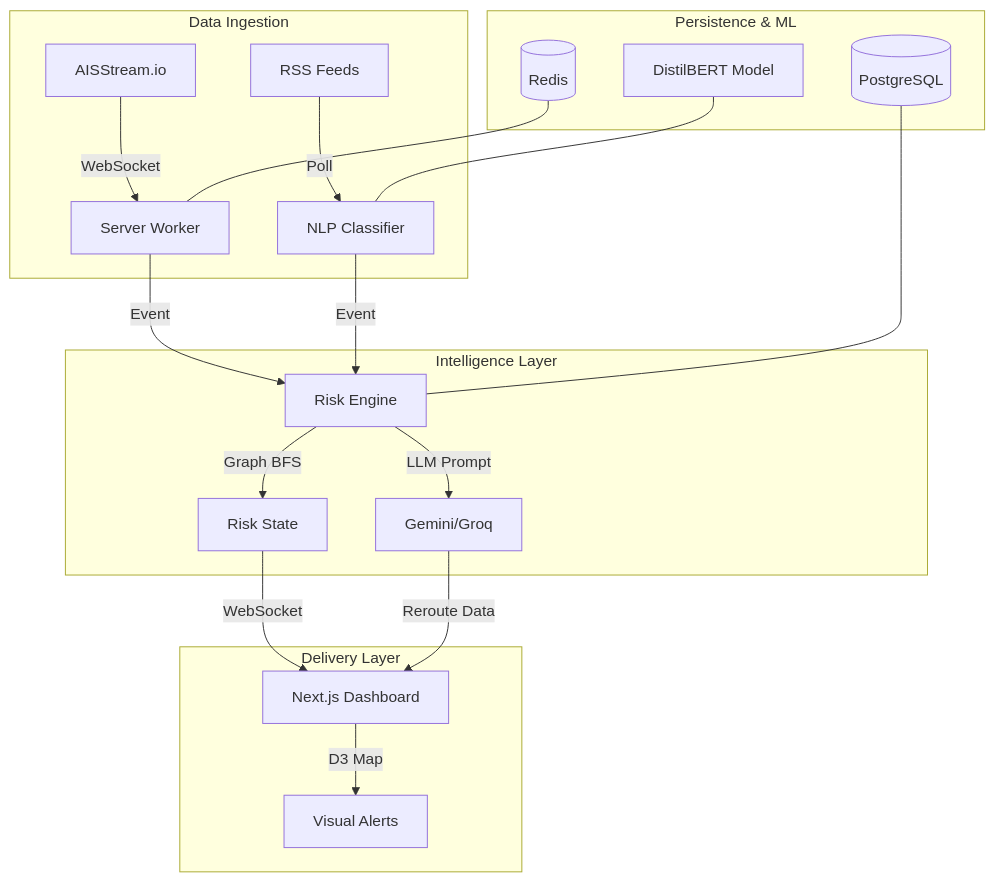
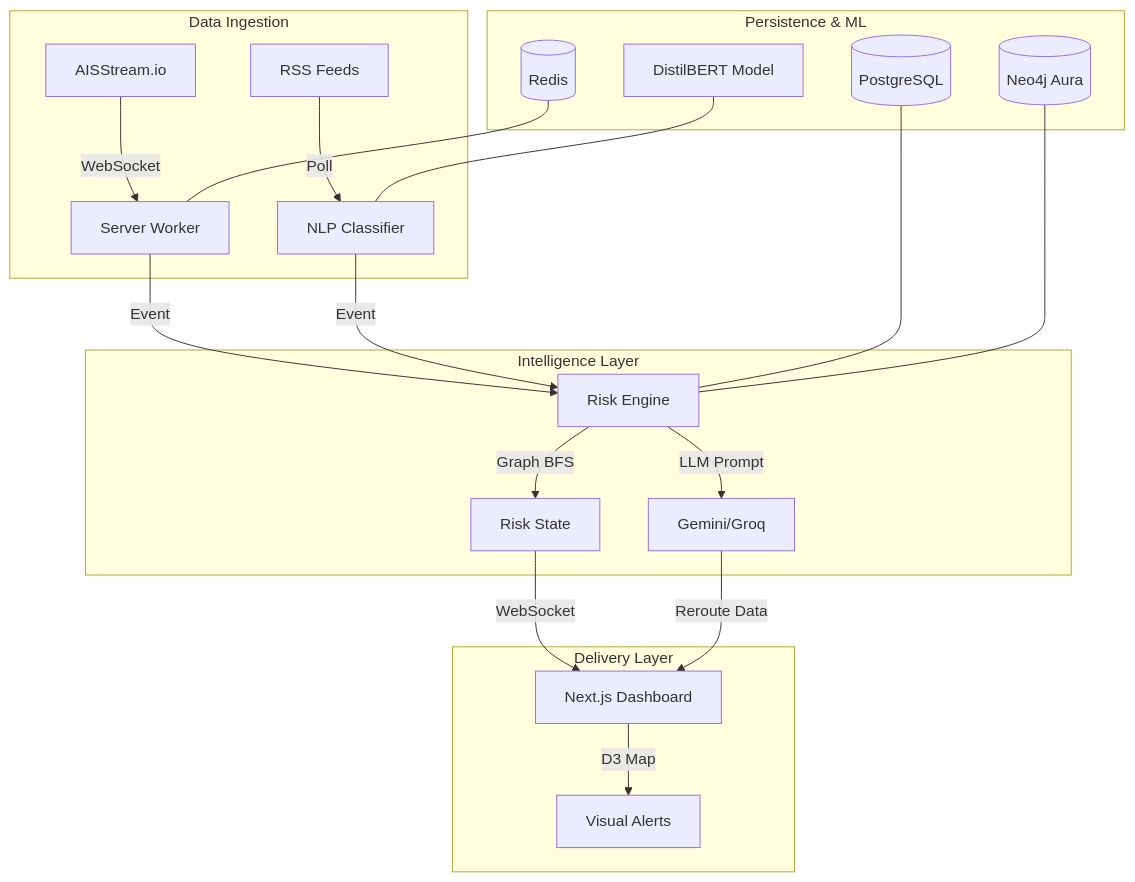
One commit to why-aditi/Supplyguard changed the diagram in README.md. Above: the diagram before and after it, drawn with Mermaid. The commit also changed other lines of this file and 8 other files, not shown here.

````diff
--- a/README.md
+++ b/README.md
@@ -39,26 +41,28 @@
 ```mermaid
 graph TD
     subgraph "Data Ingestion"
         A[AISStream.io] -->|WebSocket| B[Server Worker]
         C[RSS Feeds] -->|Poll| D[NLP Classifier]
     end
 
     subgraph "Intelligence Layer"
         B -->|Event| E[Risk Engine]
         D -->|Event| E
         E -->|Graph BFS| F[Risk State]
         E -->|LLM Prompt| G[Gemini/Groq]
     end
 
     subgraph "Delivery Layer"
         F -->|WebSocket| H[Next.js Dashboard]
         G -->|Reroute Data| H
         H -->|D3 Map| I[Visual Alerts]
     end
 
     subgraph "Persistence & ML"
         J[(Redis)] --- B
         K[(PostgreSQL)] --- E
+        M[(Neo4j Aura)] --- E
         L[DistilBERT Model] --- D
     end
+
 ```
````
